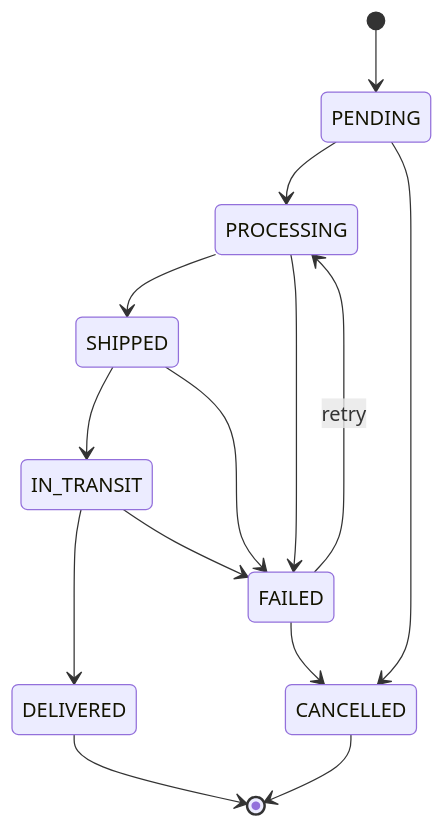
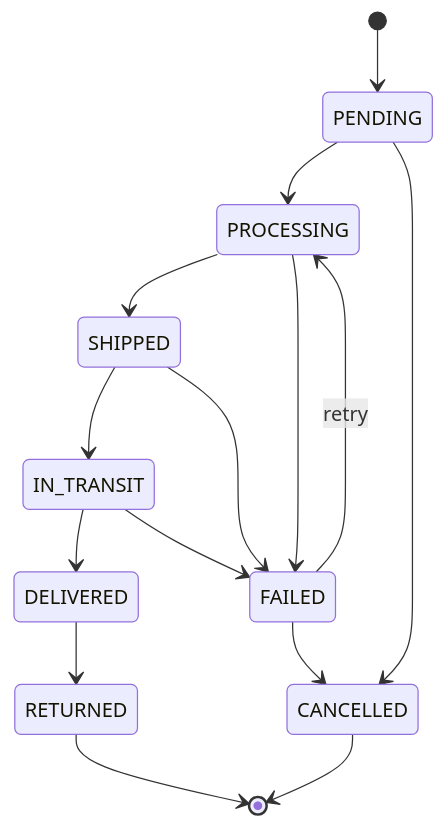
One commit to natiwork/courier-integration-platform changed the diagram in docs/state-machine.md. Above: the diagram before and after it, drawn with Mermaid. The commit also changed other lines of this file and 2 other files, not shown here.

Commit message:
feat: add RETURNED order status

````diff
--- a/docs/state-machine.md
+++ b/docs/state-machine.md
@@ -6,16 +6,17 @@
 ```mermaid
 stateDiagram-v2
     [*] --> PENDING
     PENDING --> PROCESSING
     PENDING --> CANCELLED
     PROCESSING --> SHIPPED
     PROCESSING --> FAILED
     SHIPPED --> IN_TRANSIT
     SHIPPED --> FAILED
     IN_TRANSIT --> DELIVERED
     IN_TRANSIT --> FAILED
+    DELIVERED --> RETURNED
     FAILED --> PROCESSING: retry
     FAILED --> CANCELLED
-    DELIVERED --> [*]
     CANCELLED --> [*]
+    RETURNED --> [*]
 ```
````
